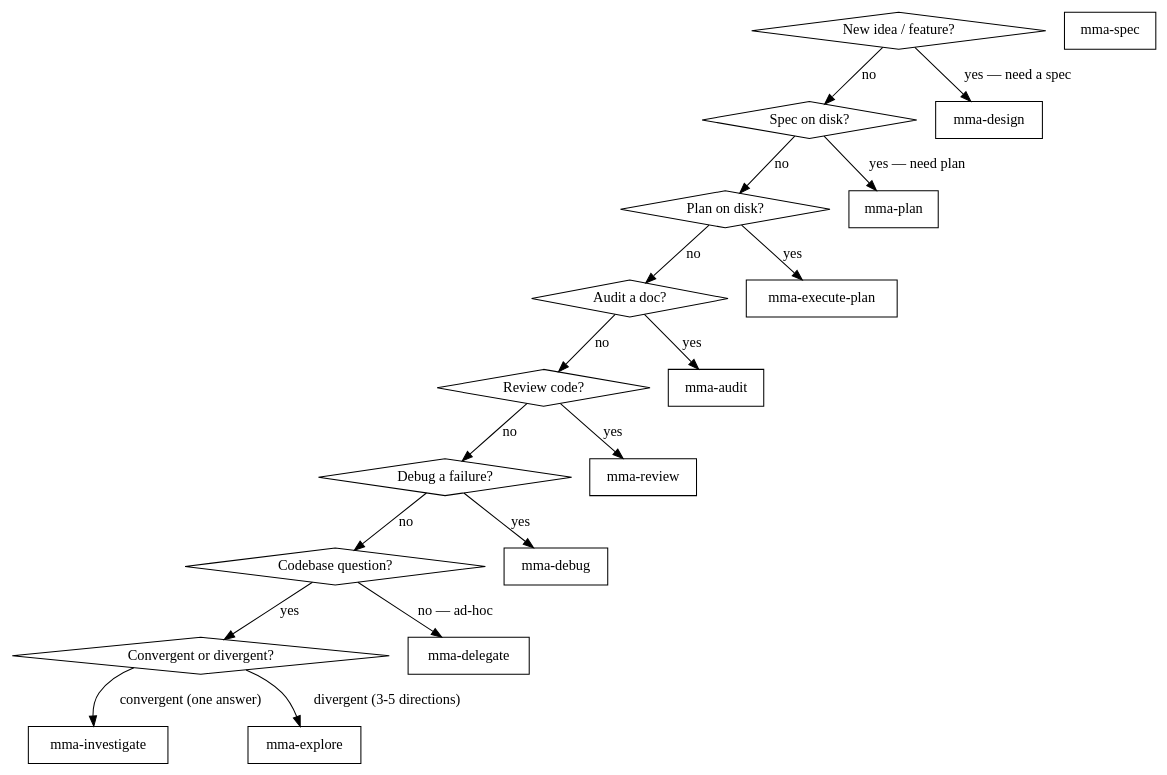
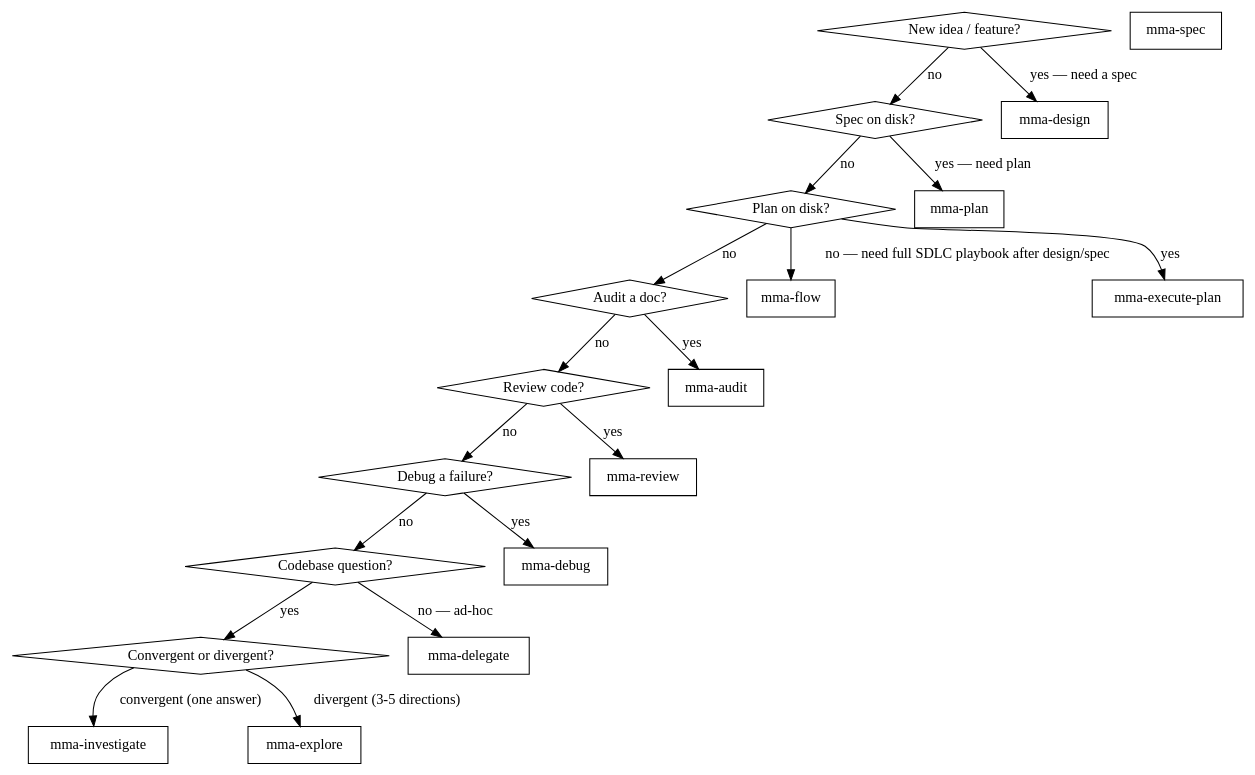
The diagram in packages/server/src/skills/multi-model-agent/SKILL.md (zhixuan312/multi-model-agent), drawn with Graphviz before and after one commit. The commit also changed other lines of this file and 5 other files, not shown here.

Commit message:
I-5,I-6: Add mma-flow to discovery and router skill guidance (AC-3.1, AC-3.2)

````diff
--- a/packages/server/src/skills/multi-model-agent/SKILL.md
+++ b/packages/server/src/skills/multi-model-agent/SKILL.md
@@ -18,39 +18,41 @@
 ```dot
 digraph picker {
     "New idea / feature?" [shape=diamond];
     "Spec on disk?" [shape=diamond];
     "Plan on disk?" [shape=diamond];
     "Audit a doc?" [shape=diamond];
     "Review code?" [shape=diamond];
     "Debug a failure?" [shape=diamond];
     "Codebase question?" [shape=diamond];
     "Convergent or divergent?" [shape=diamond];
     "mma-design" [shape=box];
+    "mma-flow" [shape=box];
     "mma-spec" [shape=box];
     "mma-plan" [shape=box];
     "mma-execute-plan" [shape=box];
     "mma-audit" [shape=box];
     "mma-review" [shape=box];
     "mma-debug" [shape=box];
     "mma-investigate" [shape=box];
     "mma-explore" [shape=box];
     "mma-delegate" [shape=box];
 
     "New idea / feature?" -> "mma-design" [label="yes — need a spec"];
     "New idea / feature?" -> "Spec on disk?" [label="no"];
     "Spec on disk?" -> "mma-plan" [label="yes — need plan"];
     "Spec on disk?" -> "Plan on disk?" [label="no"];
+    "Plan on disk?" -> "mma-flow" [label="no — need full SDLC playbook after design/spec"];
     "Plan on disk?" -> "mma-execute-plan" [label="yes"];
     "Plan on disk?" -> "Audit a doc?" [label="no"];
     "Audit a doc?" -> "mma-audit" [label="yes"];
     "Audit a doc?" -> "Review code?" [label="no"];
     "Review code?" -> "mma-review" [label="yes"];
     "Review code?" -> "Debug a failure?" [label="no"];
     "Debug a failure?" -> "mma-debug" [label="yes"];
     "Debug a failure?" -> "Codebase question?" [label="no"];
     "Codebase question?" -> "Convergent or divergent?" [label="yes"];
     "Codebase question?" -> "mma-delegate" [label="no — ad-hoc"];
     "Convergent or divergent?" -> "mma-investigate" [label="convergent (one answer)"];
     "Convergent or divergent?" -> "mma-explore" [label="divergent (3-5 directions)"];
 }
 ```
````
